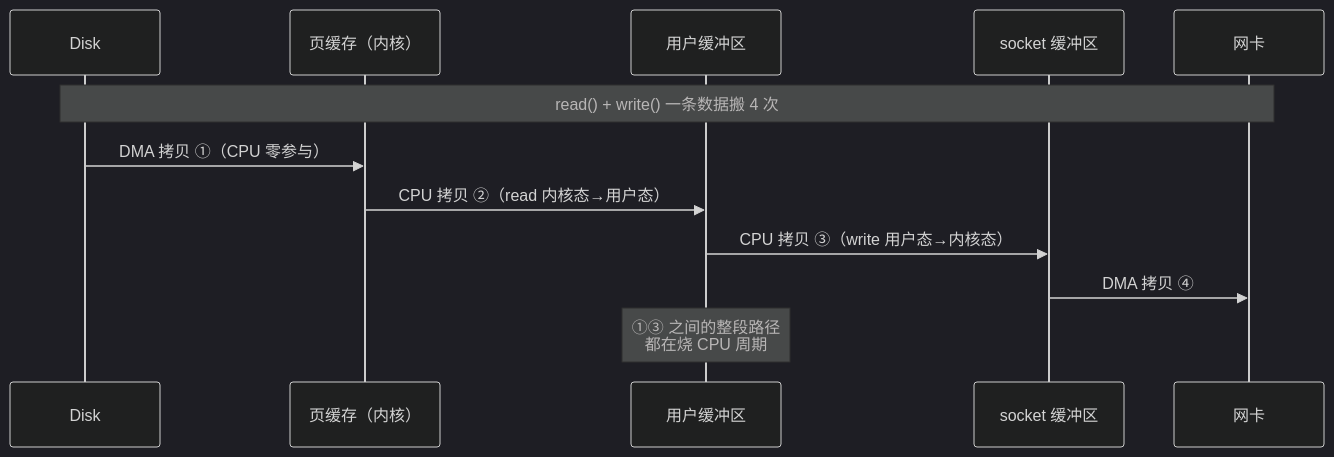
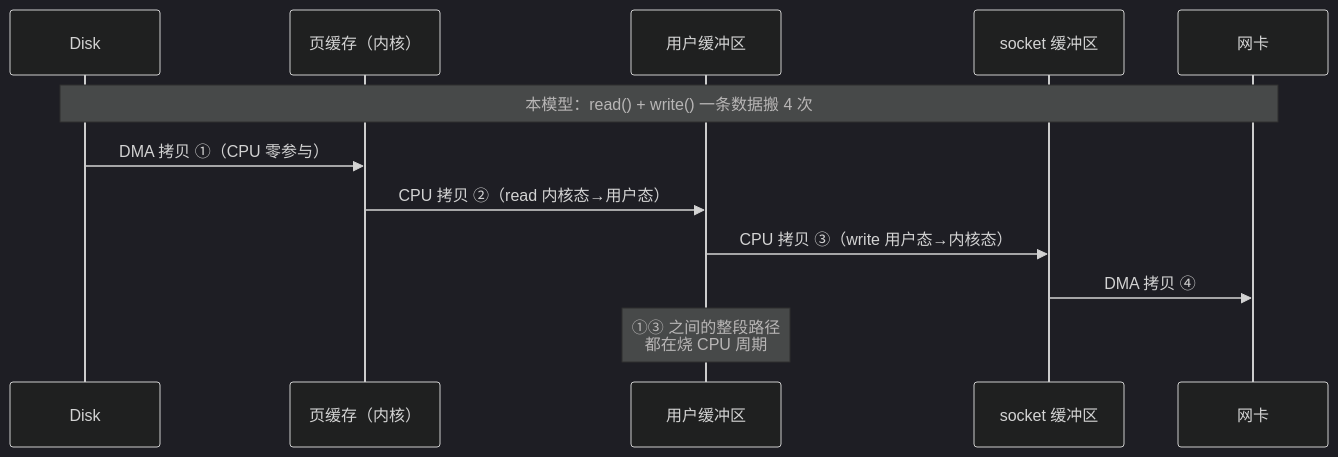
One commit to MoreConsequence/MoreConsequence.github.io changed the first of 2 diagrams in content/posts/zero-copy-sendfile-io-uring.md. Above: the diagram before and after it, drawn with Mermaid (dark theme). The commit also changed other lines of this file and 263 other files, not shown here.

````diff
--- a/content/posts/zero-copy-sendfile-io-uring.md
+++ b/content/posts/zero-copy-sendfile-io-uring.md
@@ -27,14 +32,14 @@
 ```mermaid
 sequenceDiagram
     participant Disk
     participant PageCache as 页缓存（内核）
     participant Buf as 用户缓冲区
     participant Sock as socket 缓冲区
     participant NIC as 网卡
-    Note over Disk,NIC: read() + write() 一条数据搬 4 次
+    Note over Disk,NIC: 本模型：read() + write() 一条数据搬 4 次
     Disk->>PageCache: DMA 拷贝 ①（CPU 零参与）
     PageCache->>Buf: CPU 拷贝 ②（read 内核态→用户态）
     Buf->>Sock: CPU 拷贝 ③（write 用户态→内核态）
     Sock->>NIC: DMA 拷贝 ④
     Note over Buf: ①③ 之间的整段路径<br/>都在烧 CPU 周期
 ```
````
